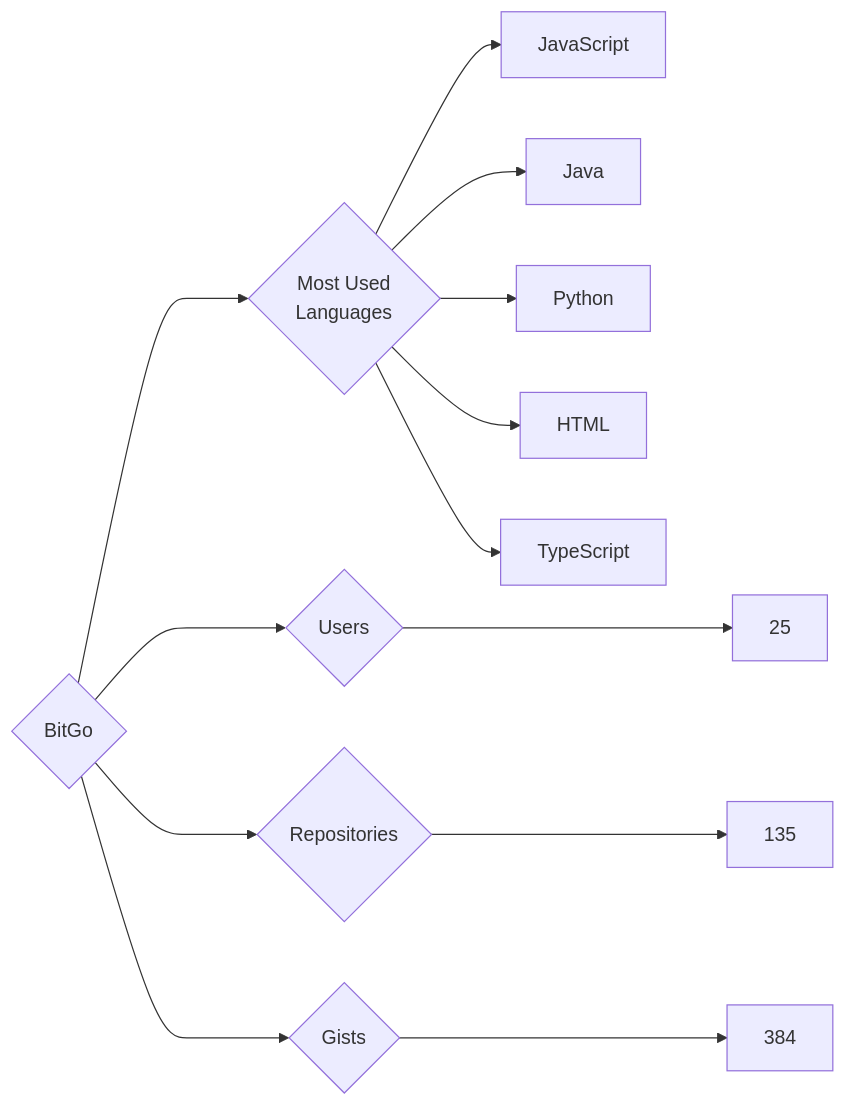
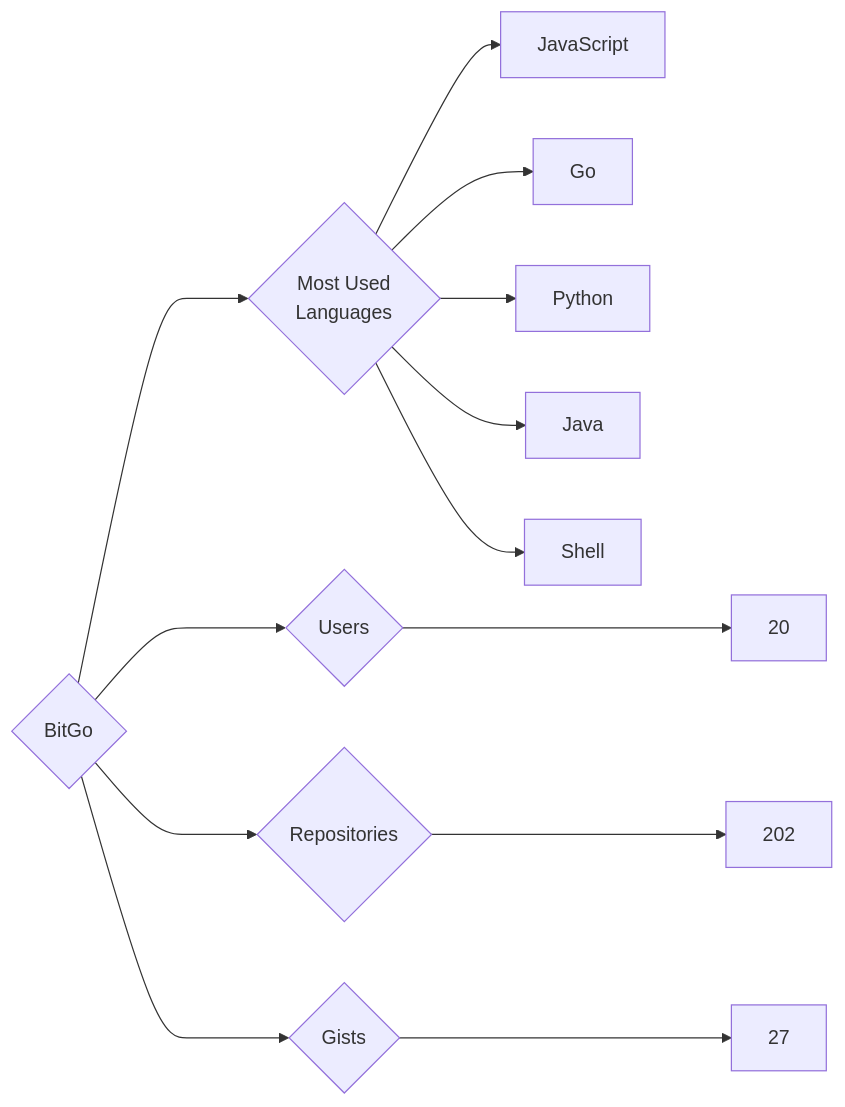
One commit to trickest/insiders changed the diagram in targets/BitGo/README.md. Above: the diagram before and after it, drawn with Mermaid. The commit also changed 715 other files, not shown here.

````diff
--- a/targets/BitGo/README.md
+++ b/targets/BitGo/README.md
@@ -3,13 +3,13 @@
 ```mermaid
 graph LR
 COMPANY_NAME{BitGo}
-COMPANY_NAME ---> U{Users} ---> UN[25]
-COMPANY_NAME ---> R{Repositories} ---> RN[135]
-COMPANY_NAME ---> G{Gists} ---> GN[384]
+COMPANY_NAME ---> U{Users} ---> UN[20]
+COMPANY_NAME ---> R{Repositories} ---> RN[202]
+COMPANY_NAME ---> G{Gists} ---> GN[27]
 COMPANY_NAME ---> ML{Most Used<br>Languages}
 ML --> JavaScript[JavaScript]
+ML --> Go[Go]
+ML --> Python[Python]
 ML --> Java[Java]
-ML --> Python[Python]
-ML --> HTML[HTML]
-ML --> TypeScript[TypeScript]
+ML --> Shell[Shell]
 ```
````
